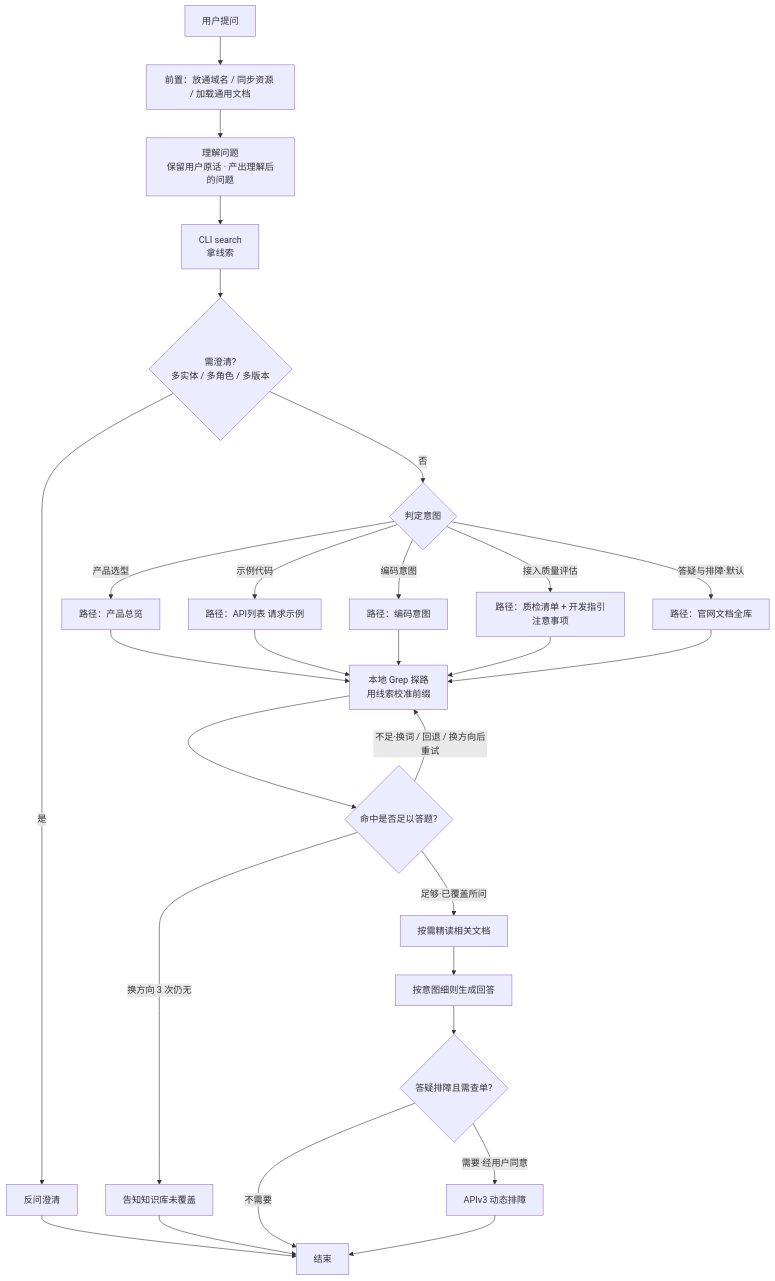
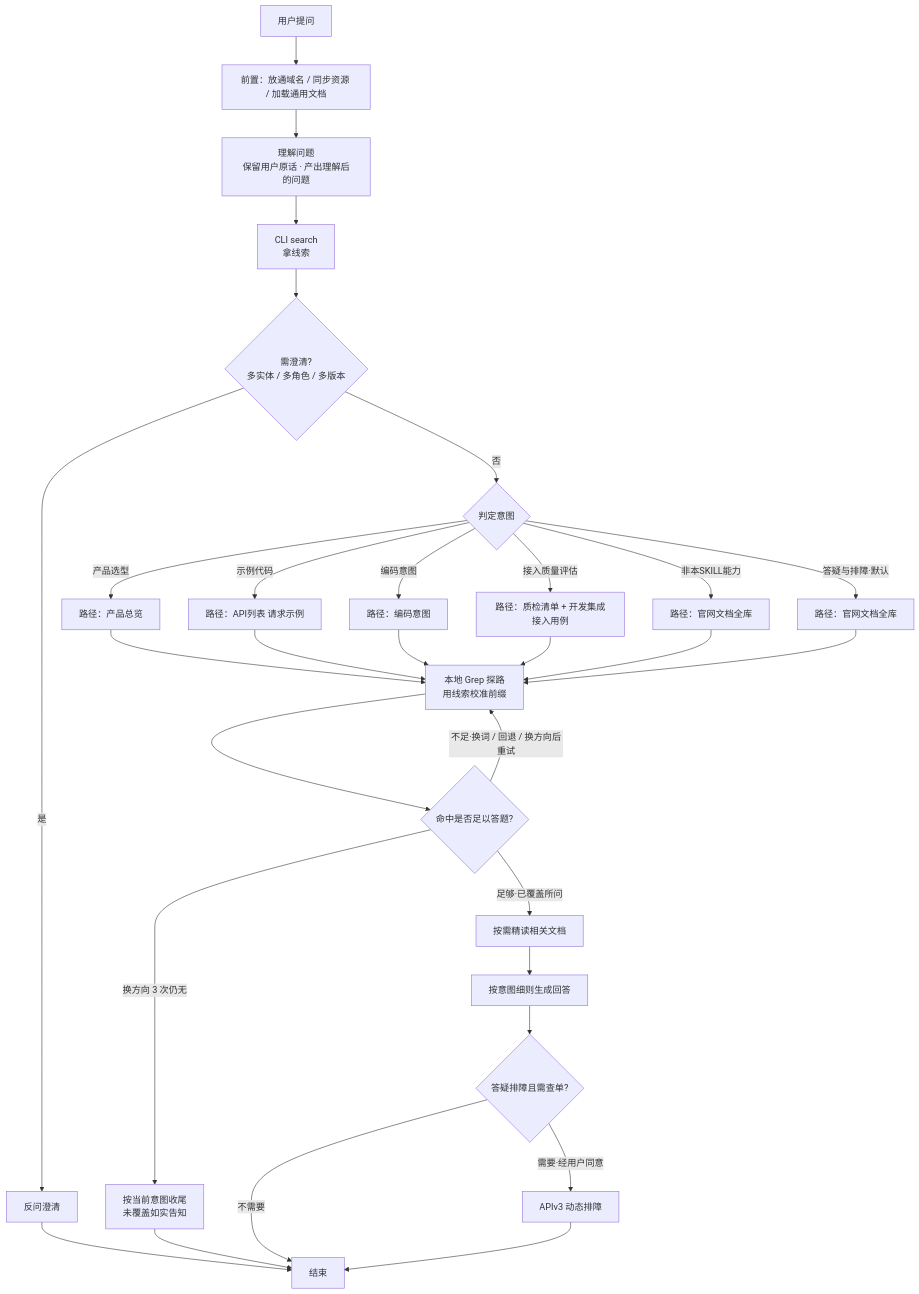
Before and after one commit to wechatpay-apiv3/wechatpay-skills: the first of 2 diagrams in wechatpay-payment-integration/SKILL.md, drawn with Mermaid. The commit also changed other lines of this file and 8 other files, not shown here.

````diff
--- a/wechatpay-payment-integration/SKILL.md
+++ b/wechatpay-payment-integration/SKILL.md
@@ -62,30 +61,32 @@
 ```mermaid
 flowchart TD
   USER_QUESTION[用户提问] --> PREPARE[前置：放通域名 / 同步资源 / 加载通用文档]
   PREPARE --> UNDERSTAND_QUESTION[理解问题<br/>保留用户原话 · 产出理解后的问题]
   UNDERSTAND_QUESTION --> CLI_SEARCH[CLI search<br/>拿线索]
   CLI_SEARCH --> NEED_CLARIFY{需澄清?<br/>多实体 / 多角色 / 多版本}
   NEED_CLARIFY -->|是| ASK_CLARIFY[反问澄清]
   ASK_CLARIFY --> END
   NEED_CLARIFY -->|否| DETECT_INTENT{判定意图}
   DETECT_INTENT -->|产品选型| PATH_PRODUCT_SELECTION[路径：产品总览]
   DETECT_INTENT -->|示例代码| PATH_SAMPLE_CODE[路径：API列表 请求示例]
   DETECT_INTENT -->|编码意图| PATH_CODING[路径：编码意图]
-  DETECT_INTENT -->|接入质量评估| PATH_QUALITY_REVIEW[路径：质检清单 + 开发指引注意事项]
+  DETECT_INTENT -->|接入质量评估| PATH_QUALITY_REVIEW[路径：质检清单 + 开发集成接入用例]
+  DETECT_INTENT -->|非本SKILL能力| PATH_OUT_OF_SCOPE[路径：官网文档全库]
   DETECT_INTENT -->|答疑与排障·默认| PATH_QA_TROUBLESHOOTING[路径：官网文档全库]
   PATH_PRODUCT_SELECTION --> LOCAL_GREP[本地 Grep 探路<br/>用线索校准前缀]
   PATH_SAMPLE_CODE --> LOCAL_GREP
   PATH_CODING --> LOCAL_GREP
   PATH_QUALITY_REVIEW --> LOCAL_GREP
+  PATH_OUT_OF_SCOPE --> LOCAL_GREP
   PATH_QA_TROUBLESHOOTING --> LOCAL_GREP
   LOCAL_GREP --> HITS_ENOUGH{命中是否足以答题?}
   HITS_ENOUGH -->|不足·换词 / 回退 / 换方向后重试| LOCAL_GREP
-  HITS_ENOUGH -->|换方向 3 次仍无| UNCOVERED[告知知识库未覆盖]
+  HITS_ENOUGH -->|换方向 3 次仍无| UNCOVERED[按当前意图收尾<br/>未覆盖如实告知]
   UNCOVERED --> END
   HITS_ENOUGH -->|足够·已覆盖所问| READ_DOCUMENTS[按需精读相关文档]
   READ_DOCUMENTS --> GENERATE_ANSWER[按意图细则生成回答]
   GENERATE_ANSWER --> NEED_ORDER_QUERY{答疑排障且需查单?}
   NEED_ORDER_QUERY -->|需要·经用户同意| DYNAMIC_TROUBLESHOOTING[APIv3 动态排障]
   NEED_ORDER_QUERY -->|不需要| END[结束]
   DYNAMIC_TROUBLESHOOTING --> END
 ```
````
